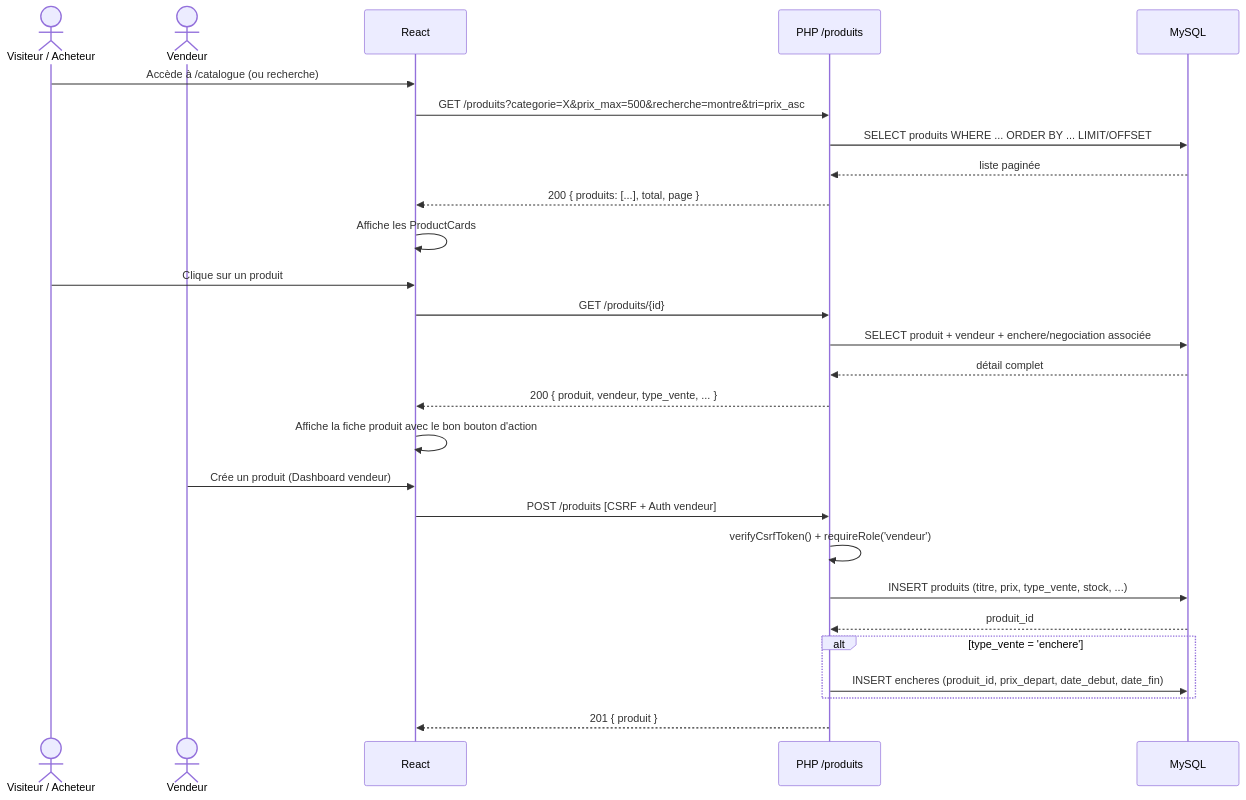
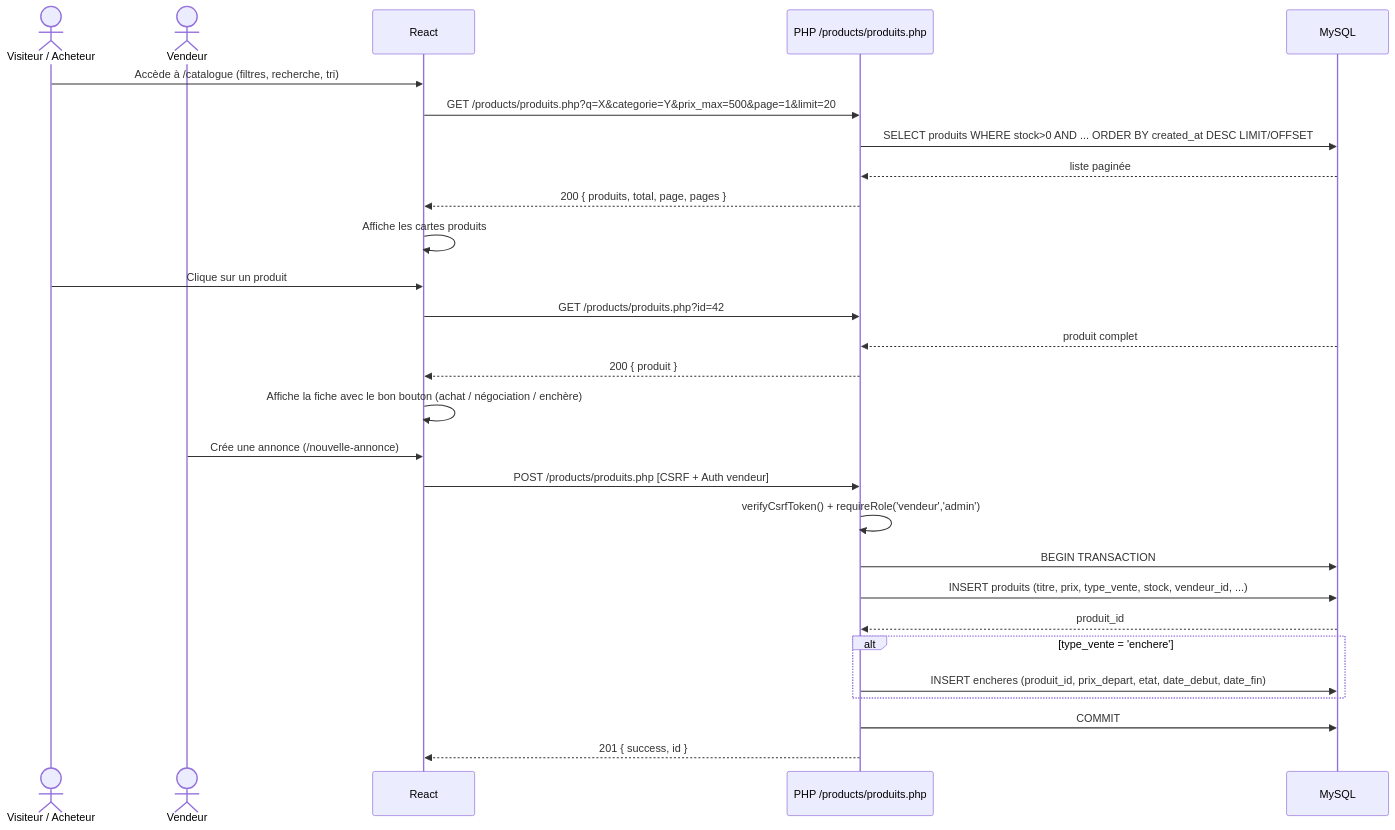
The fourth of 13 diagrams in docs/architecture.md (zendarc147/Mercato-Nova), drawn with Mermaid before and after one commit. The commit also changed other lines of this file and 33 other files, not shown here.

Commit message:
feat: intégration finale livrable 2 — pages, API, notifications, profil, admin

````diff
--- a/docs/architecture.md
+++ b/docs/architecture.md
@@ -157,32 +190,33 @@
 ```mermaid
 sequenceDiagram
     actor U as Visiteur / Acheteur
     actor V as Vendeur
     participant F as React
-    participant API as PHP /produits
+    participant API as PHP /products/produits.php
     participant DB as MySQL
 
-    U->>F: Accède à /catalogue (ou recherche)
-    F->>API: GET /produits?categorie=X&prix_max=500&recherche=montre&tri=prix_asc
-    API->>DB: SELECT produits WHERE ... ORDER BY ... LIMIT/OFFSET
+    U->>F: Accède à /catalogue (filtres, recherche, tri)
+    F->>API: GET /products/produits.php?q=X&categorie=Y&prix_max=500&page=1&limit=20
+    API->>DB: SELECT produits WHERE stock>0 AND ... ORDER BY created_at DESC LIMIT/OFFSET
     DB-->>API: liste paginée
-    API-->>F: 200 { produits: [...], total, page }
-    F->>F: Affiche les ProductCards
+    API-->>F: 200 { produits, total, page, pages }
+    F->>F: Affiche les cartes produits
 
     U->>F: Clique sur un produit
-    F->>API: GET /produits/{id}
-    API->>DB: SELECT produit + vendeur + enchere/negociation associée
-    DB-->>API: détail complet
-    API-->>F: 200 { produit, vendeur, type_vente, ... }
-    F->>F: Affiche la fiche produit avec le bon bouton d'action
+    F->>API: GET /products/produits.php?id=42
+    DB-->>API: produit complet
+    API-->>F: 200 { produit }
+    F->>F: Affiche la fiche avec le bon bouton (achat / négociation / enchère)
 
-    V->>F: Crée un produit (Dashboard vendeur)
-    F->>API: POST /produits  [CSRF + Auth vendeur]
-    API->>API: verifyCsrfToken() + requireRole('vendeur')
-    API->>DB: INSERT produits (titre, prix, type_vente, stock, ...)
+    V->>F: Crée une annonce (/nouvelle-annonce)
+    F->>API: POST /products/produits.php  [CSRF + Auth vendeur]
+    API->>API: verifyCsrfToken() + requireRole('vendeur','admin')
+    API->>DB: BEGIN TRANSACTION
+    API->>DB: INSERT produits (titre, prix, type_vente, stock, vendeur_id, ...)
     DB-->>API: produit_id
     alt type_vente = 'enchere'
-        API->>DB: INSERT encheres (produit_id, prix_depart, date_debut, date_fin)
+        API->>DB: INSERT encheres (produit_id, prix_depart, etat, date_debut, date_fin)
     end
-    API-->>F: 201 { produit }
+    API->>DB: COMMIT
+    API-->>F: 201 { success, id }
 ```
````
